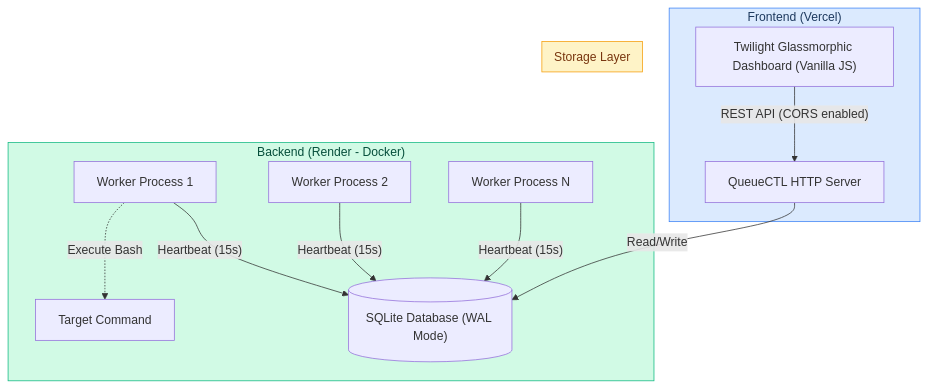
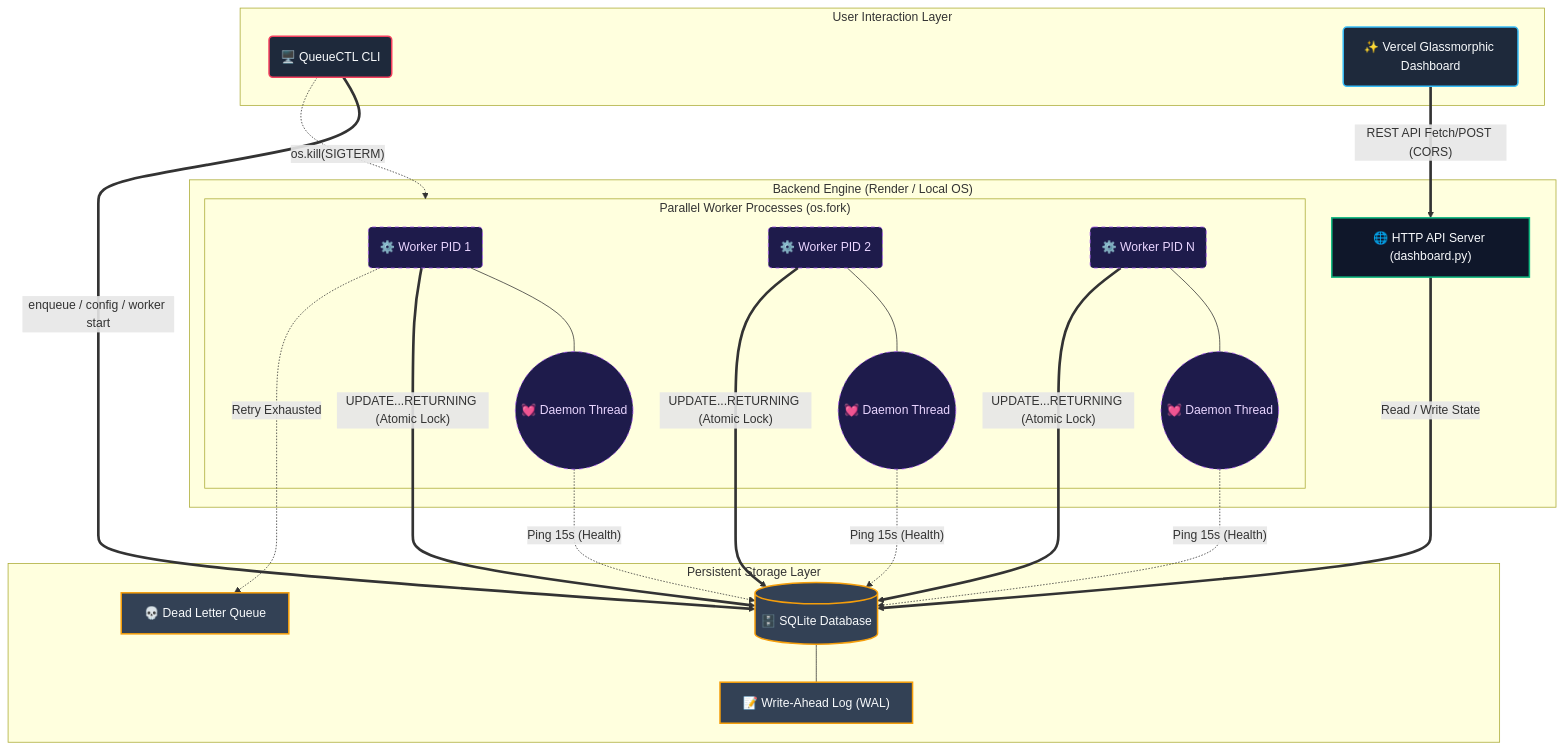
The diagram in README.md (Harshkumar2306/QueueCTL), drawn with Mermaid before and after one commit.

Commit message:
docs: upgrade architecture diagram to premium custom-styled mermaid

````diff
--- a/README.md
+++ b/README.md
@@ -79,26 +79,57 @@
 ```mermaid
-graph TB
-    subgraph Frontend["Frontend (Vercel)"]
-        UI["Twilight Glassmorphic Dashboard (Vanilla JS)"]
-        UI --> |"REST API (CORS enabled)"| API
+graph TD
+    %% Custom Premium Styling
+    classDef frontend fill:#1e293b,stroke:#38bdf8,stroke-width:2px,color:#f8fafc
+    classDef backend fill:#0f172a,stroke:#10b981,stroke-width:2px,color:#f8fafc
+    classDef storage fill:#334155,stroke:#f59e0b,stroke-width:2px,color:#f8fafc
+    classDef process fill:#1e1b4b,stroke:#a855f7,stroke-width:1px,stroke-dasharray: 5 5,color:#e9d5ff
+    classDef cli fill:#1e293b,stroke:#f43f5e,stroke-width:2px,color:#f8fafc
+
+    subgraph UserSpace ["User Interaction Layer"]
+        CLI("🖥️ QueueCTL CLI"):::cli
+        UI("✨ Vercel Glassmorphic Dashboard"):::frontend
     end
 
-    subgraph Backend["Backend (Render - Docker)"]
-        API["QueueCTL HTTP Server"]
-        API --> |"Read/Write"| DB
+    subgraph Backend ["Backend Engine (Render / Local OS)"]
+        API["🌐 HTTP API Server (dashboard.py)"]:::backend
         
-        W1["Worker Process 1"] --> |"Heartbeat (15s)"| DB
-        W2["Worker Process 2"] --> |"Heartbeat (15s)"| DB
-        W3["Worker Process N"] --> |"Heartbeat (15s)"| DB
+        subgraph Workers ["Parallel Worker Processes (os.fork)"]
+            W1("⚙️ Worker PID 1"):::process
+            W2("⚙️ Worker PID 2"):::process
+            WN("⚙️ Worker PID N"):::process
+            
+            HB1(("💓 Daemon Thread")):::process
+            HB2(("💓 Daemon Thread")):::process
+            HBN(("💓 Daemon Thread")):::process
+            
+            W1 --- HB1
+            W2 --- HB2
+            WN --- HBN
+        end
         
-        W1 -.-> |"Execute Bash"| JOB["Target Command"]
+        CLI -.->|"os.kill(SIGTERM)"| Workers
     end
 
-    subgraph Storage["Storage Layer"]
-        DB[("SQLite Database (WAL Mode)")]
+    subgraph Database ["Persistent Storage Layer"]
+        DB[("🗄️ SQLite Database")]:::storage
+        WAL["📝 Write-Ahead Log (WAL)"]:::storage
+        DLQ["💀 Dead Letter Queue"]:::storage
+        
+        DB --- WAL
     end
 
-    style Frontend fill:#dbeafe,stroke:#3b82f6,color:#1e3a5f
-    style Backend fill:#d1fae5,stroke:#10b981,color:#064e3b
-    style Storage fill:#fef3c7,stroke:#f59e0b,color:#78350f
+    %% Routing & Data Flow
+    UI ==>|"REST API Fetch/POST (CORS)"| API
+    CLI ==>|"enqueue / config / worker start"| DB
+    API ==>|"Read / Write State"| DB
+    
+    W1 ==>|"UPDATE...RETURNING (Atomic Lock)"| DB
+    W2 ==>|"UPDATE...RETURNING (Atomic Lock)"| DB
+    WN ==>|"UPDATE...RETURNING (Atomic Lock)"| DB
+    
+    HB1 -.->|"Ping 15s (Health)"| DB
+    HB2 -.->|"Ping 15s (Health)"| DB
+    HBN -.->|"Ping 15s (Health)"| DB
+    
+    W1 -.->|"Retry Exhausted"| DLQ
 ```
````
